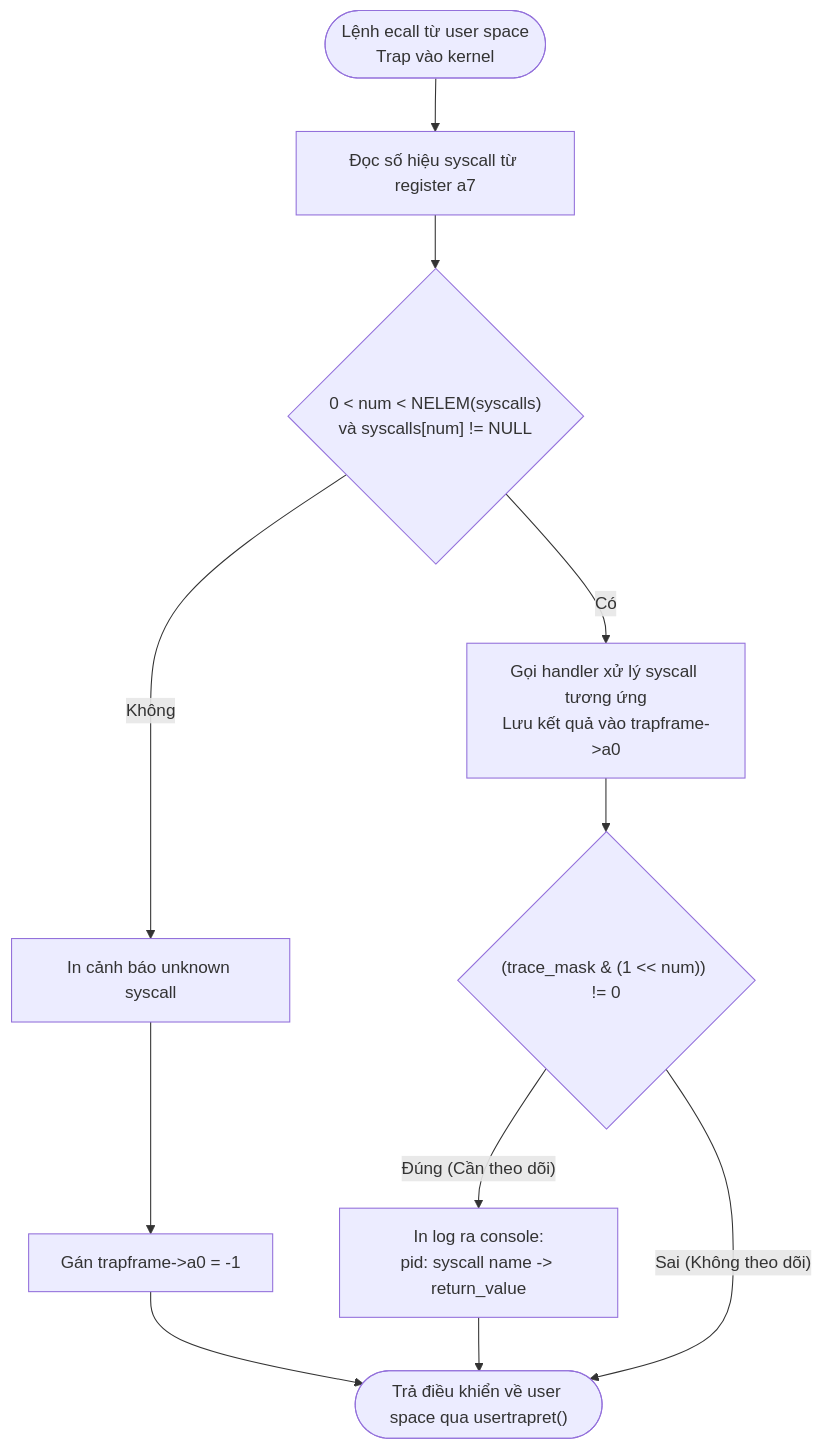
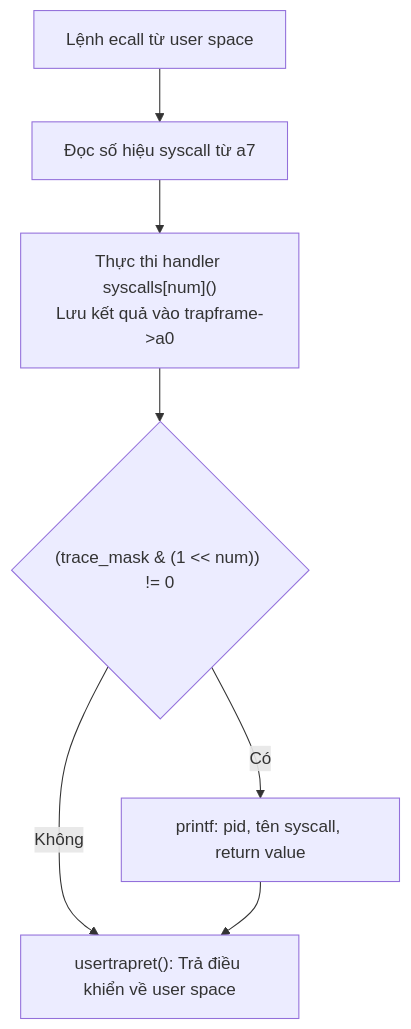
One commit to zetomis-was-taken/xv6_lab02 changed the second of 2 diagrams in reports/trace.md. Above: the diagram before and after it, drawn with Mermaid. The commit also changed other lines of this file, not shown here.

````diff
--- a/reports/trace.md
+++ b/reports/trace.md
@@ -108,17 +154,9 @@
 ```mermaid
 flowchart TD
-    TrapEntry(["Lệnh ecall từ user space<br/>Trap vào kernel"]) --> FetchSysNum["Đọc số hiệu syscall từ register a7"]
-    FetchSysNum --> ValidateNum{"0 &lt; num &lt; NELEM(syscalls)<br/>và syscalls[num] != NULL"}
-    
-    ValidateNum -- "Không" --> PrintUnknown["In cảnh báo unknown syscall"]
-    PrintUnknown --> SetReturnErr["Gán trapframe->a0 = -1"]
-    SetReturnErr --> TrapReturn(["Trả điều khiển về user space qua usertrapret()"])
-    
-    ValidateNum -- "Có" --> ExecHandler["Gọi handler xử lý syscall tương ứng<br/>Lưu kết quả vào trapframe->a0"]
-    ExecHandler --> CheckMask{"(trace_mask & (1 << num)) != 0"}
-    
-    CheckMask -- "Đúng (Cần theo dõi)" --> PrintTrace["In log ra console:<br/>pid: syscall name -> return_value"]
-    PrintTrace --> TrapReturn
-    
-    CheckMask -- "Sai (Không theo dõi)" --> TrapReturn
+    Trap["Lệnh ecall từ user space"] --> ReadA7["Đọc số hiệu syscall từ a7"]
+    ReadA7 --> RunHandler["Thực thi handler syscalls[num]()<br/>Lưu kết quả vào trapframe->a0"]
+    RunHandler --> CheckMask{"(trace_mask & (1 << num)) != 0"}
+    CheckMask -- Có --> Log["printf: pid, tên syscall, return value"]
+    CheckMask -- Không --> Return["usertrapret(): Trả điều khiển về user space"]
+    Log --> Return
 ```
````
